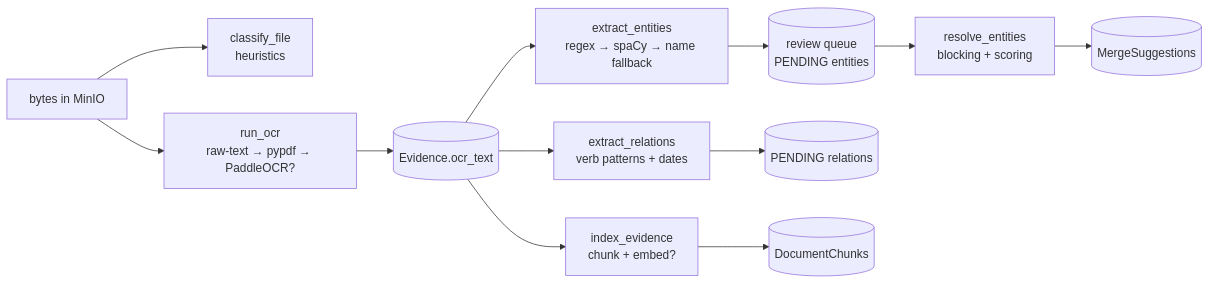
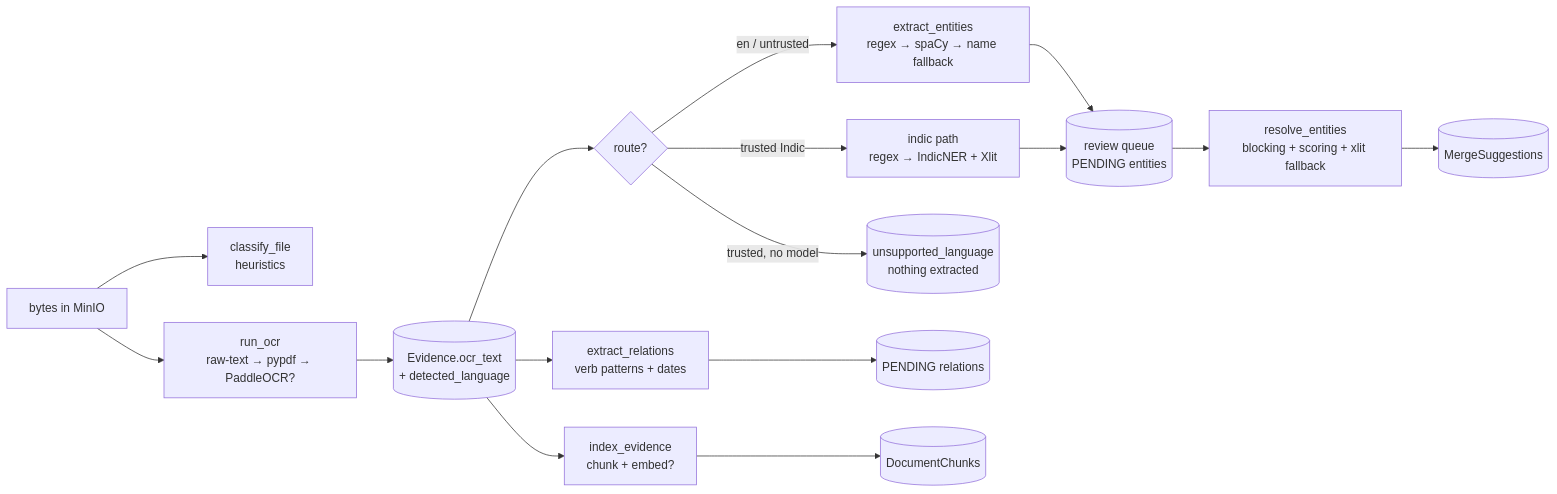
Before and after one commit to kiranpatildev/PRAMAAN: the diagram in docs/architecture/ai-pipeline.md, drawn with Mermaid. The commit also changed other lines of this file and 22 other files, not shown here.

Commit message:
feat: add multilingual Indic language extraction

````diff
--- a/docs/architecture/ai-pipeline.md
+++ b/docs/architecture/ai-pipeline.md
@@ -9,14 +9,18 @@
 ```mermaid
 flowchart LR
     B[bytes in MinIO] --> C[classify_file<br/>heuristics]
     B --> O[run_ocr<br/>raw-text → pypdf → PaddleOCR?]
-    O --> T[(Evidence.ocr_text)]
-    T --> E[extract_entities<br/>regex → spaCy → name fallback]
+    O --> T[(Evidence.ocr_text<br/>+ detected_language)]
+    T --> D{route?}
+    D -->|en / untrusted| E[extract_entities<br/>regex → spaCy → name fallback]
+    D -->|trusted Indic| N[indic path<br/>regex → IndicNER + Xlit]
+    D -->|trusted, no model| U[(unsupported_language<br/>nothing extracted)]
     E --> RQ[(review queue<br/>PENDING entities)]
+    N --> RQ
     T --> R[extract_relations<br/>verb patterns + dates]
     R --> RQ2[(PENDING relations)]
-    RQ --> RS[resolve_entities<br/>blocking + scoring]
+    RQ --> RS[resolve_entities<br/>blocking + scoring + xlit fallback]
     RS --> MS[(MergeSuggestions)]
     T --> I[index_evidence<br/>chunk + embed?]
     I --> CH[(DocumentChunks)]
 ```
````
